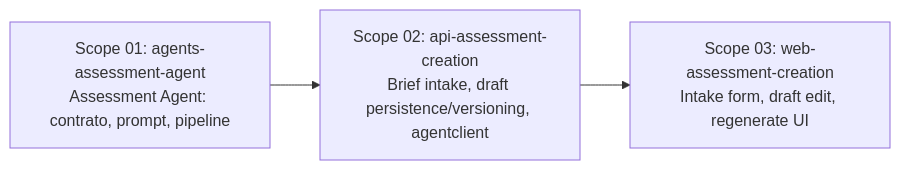
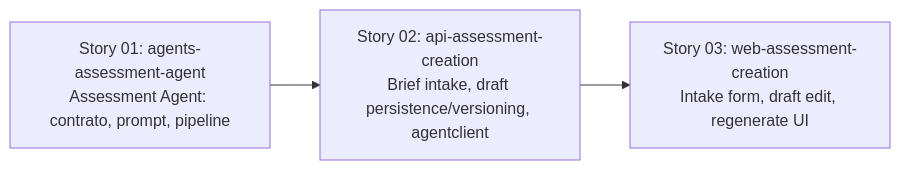
Before and after one commit to cmartinezs/grade-ops-ai: the diagram in .planning/active/008-assessment-creation/01-expansion.md, drawn with Mermaid. The commit also changed other lines of this file and 233 other files, not shown here.

````diff
--- a/.planning/active/008-assessment-creation/01-expansion.md
+++ b/.planning/active/008-assessment-creation/01-expansion.md
@@ -25,5 +25,5 @@
 ```mermaid
 flowchart LR
-    S01[Scope 01: agents-assessment-agent\nAssessment Agent: contrato, prompt, pipeline] --> S02[Scope 02: api-assessment-creation\nBrief intake, draft persistence/versioning, agentclient]
-    S02 --> S03[Scope 03: web-assessment-creation\nIntake form, draft edit, regenerate UI]
+    S01[Story 01: agents-assessment-agent\nAssessment Agent: contrato, prompt, pipeline] --> S02[Story 02: api-assessment-creation\nBrief intake, draft persistence/versioning, agentclient]
+    S02 --> S03[Story 03: web-assessment-creation\nIntake form, draft edit, regenerate UI]
 ```
````
